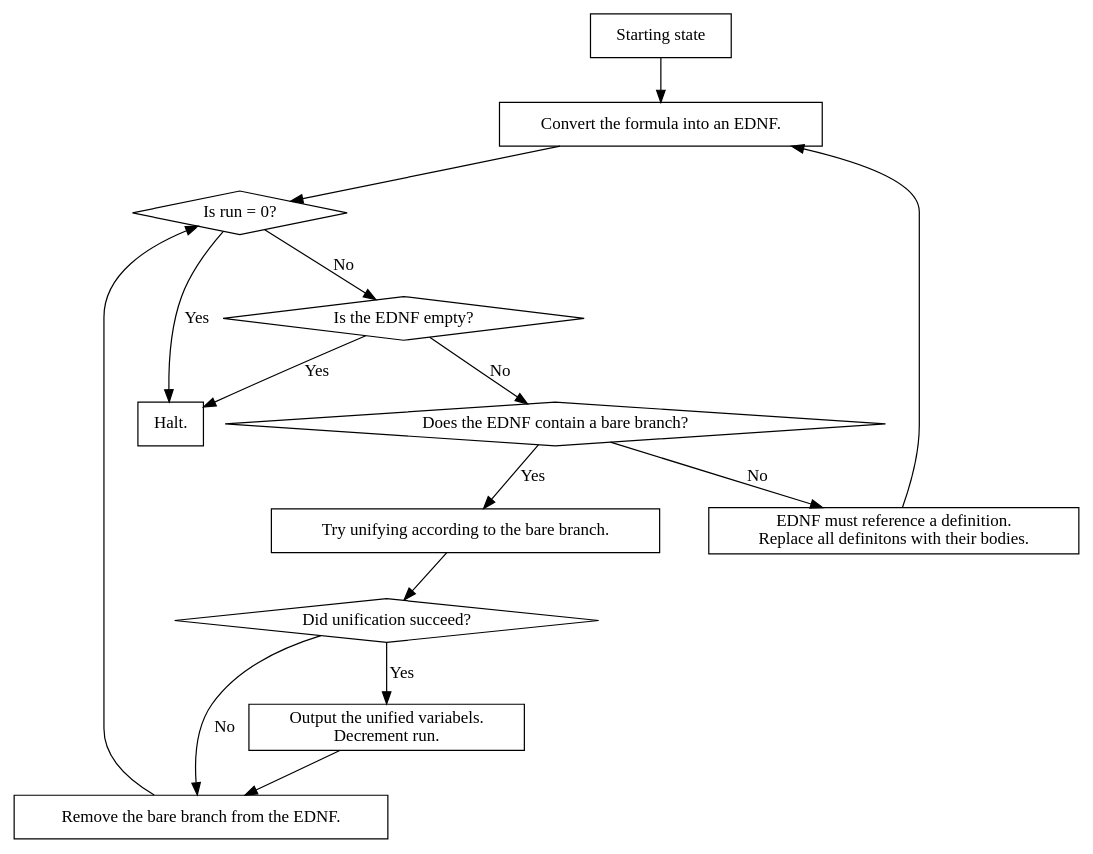
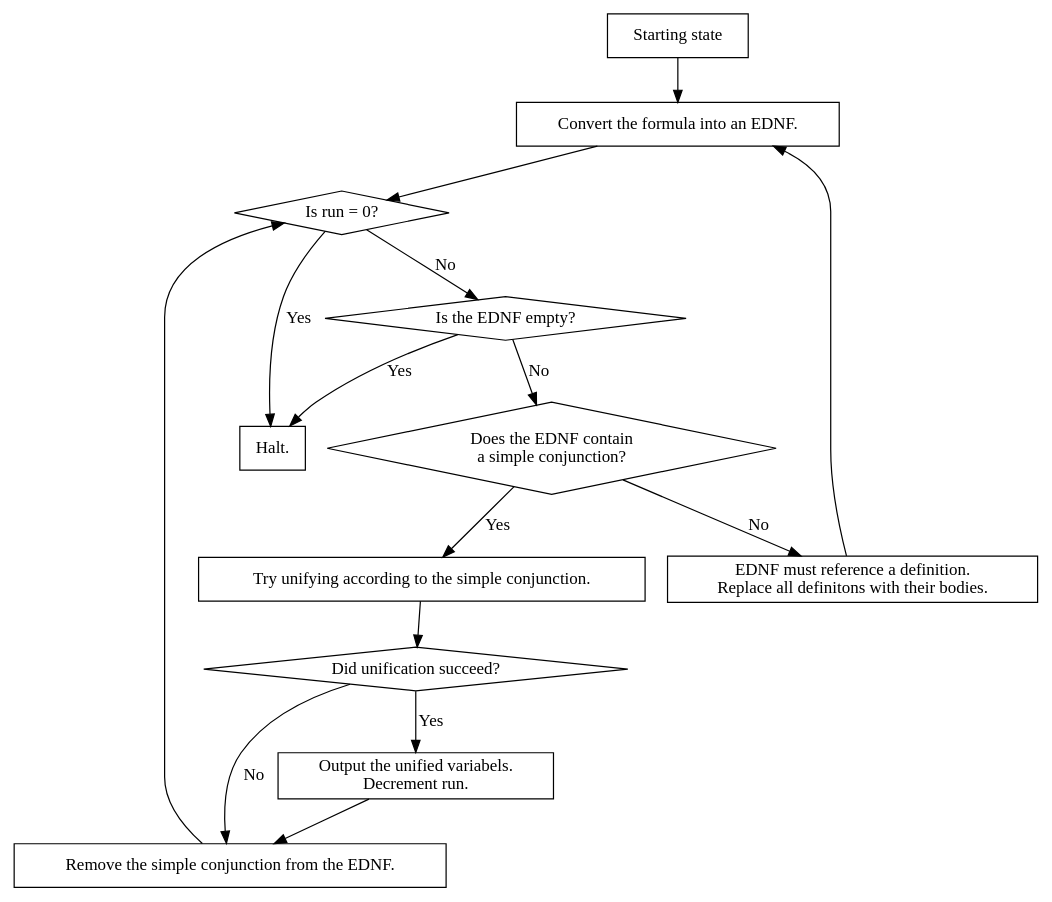
The diagram in misc/algorithm-design.dot (schreiberbrett/cool-relations), drawn with Graphviz before and after one commit. The commit also changed 19 other files, not shown here.

```diff
--- a/misc/algorithm-design.dot
+++ b/misc/algorithm-design.dot
@@ -1,43 +1,41 @@
 digraph G {
     node [shape=rectangle];
     starting_state [label="Starting state"];
     convert_to_ednf [label="Convert the formula into an EDNF."];
-    try_unifying [label="Try unifying according to the bare branch."];
-    remove_bare_branch [label="Remove the bare branch from the EDNF."];
+    try_unifying [label="Try unifying according to the simple conjunction."];
+    remove_simple_conjunction [label="Remove the simple conjunction from the EDNF."];
     output_unified [label="Output the unified variabels. \n Decrement run."];
     halt [label="Halt."];
     references_definition [label="EDNF must reference a definition. \n Replace all definitons with their bodies."];
     
     node [shape=diamond];
     run_equal_zero [label="Is run = 0?"];
     did_unification_succeed [label="Did unification succeed?"];
     is_ednf_empty [label="Is the EDNF empty?"];
-    contains_a_bare_branch [label="Does the EDNF contain a bare branch?"];
+    contains_a_simple_conjunction [label="Does the EDNF contain\na simple conjunction?"];
     
     
 
     
     starting_state -> convert_to_ednf;
     
     
     try_unifying -> did_unification_succeed;
     
     did_unification_succeed -> output_unified [label="Yes"];
-    did_unification_succeed -> remove_bare_branch [label="No"];
+    did_unification_succeed -> remove_simple_conjunction [label="No"];
 
-    output_unified -> remove_bare_branch -> run_equal_zero;
+    output_unified -> remove_simple_conjunction -> run_equal_zero;
     
-    contains_a_bare_branch -> try_unifying [label="Yes"];
+    contains_a_simple_conjunction -> try_unifying [label="Yes"];
     
     is_ednf_empty -> halt [label="Yes"];
-    is_ednf_empty -> contains_a_bare_branch [label="No"];
-    contains_a_bare_branch -> references_definition [label = "No"];
+    is_ednf_empty -> contains_a_simple_conjunction [label="No"];
+    contains_a_simple_conjunction -> references_definition [label = "No"];
     
     references_definition -> convert_to_ednf;
     convert_to_ednf -> run_equal_zero;
     
     run_equal_zero -> halt [label="Yes"];
     run_equal_zero -> is_ednf_empty [label="No"];
-    
-    
 }
```
